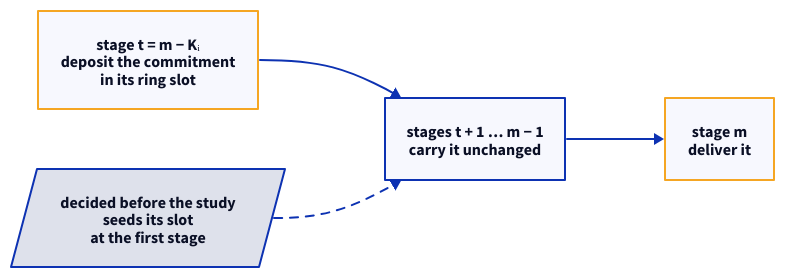
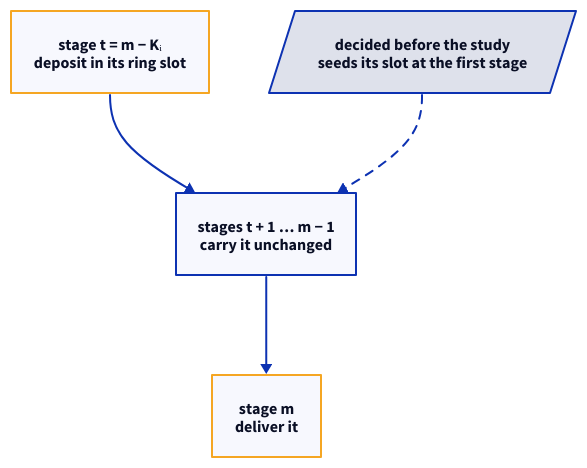
The second of 4 diagrams in src/content/docs/math/system-elements.mdx (cobre-rs/cobre-docs), drawn with D2 before and after one commit. The commit also changed other lines of this file and 26 other files, not shown here.

````diff
--- a/src/content/docs/math/system-elements.mdx
+++ b/src/content/docs/math/system-elements.mdx
@@ -239,16 +239,16 @@
 ```d2
-direction: right
+direction: down
 
 classes: {
   thermal: {style: {stroke: "#f5a623"}}
 }
 
-decide: "stage t = m − Kᵢ\ndeposit the commitment\nin its ring slot" {class: thermal}
-seed: "decided before the study\nseeds its slot\nat the first stage" {shape: parallelogram}
+decide: "stage t = m − Kᵢ\ndeposit in its ring slot" {class: thermal}
+seed: "decided before the study\nseeds its slot at the first stage" {shape: parallelogram}
 carry: "stages t + 1 … m − 1\ncarry it unchanged"
 deliver: "stage m\ndeliver it" {class: thermal}
 
 decide -> carry
 seed -> carry: {style.stroke-dash: 4}
 carry -> deliver
 ```
````
